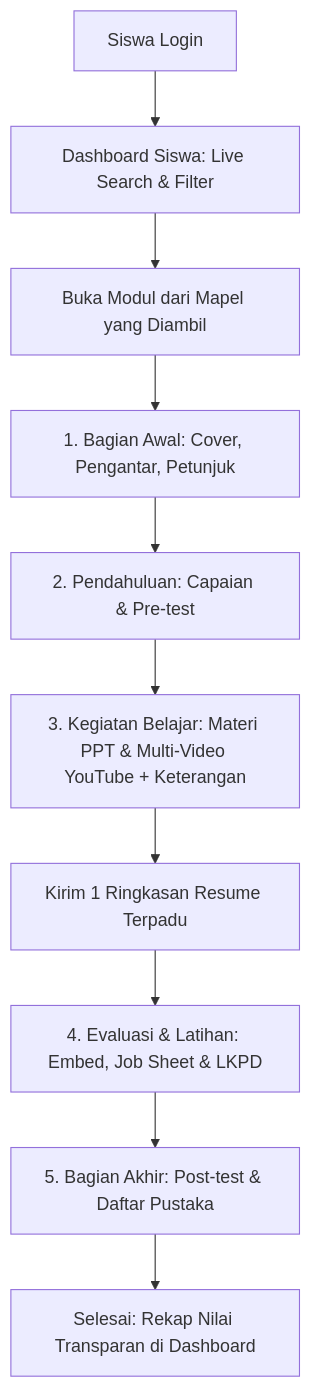
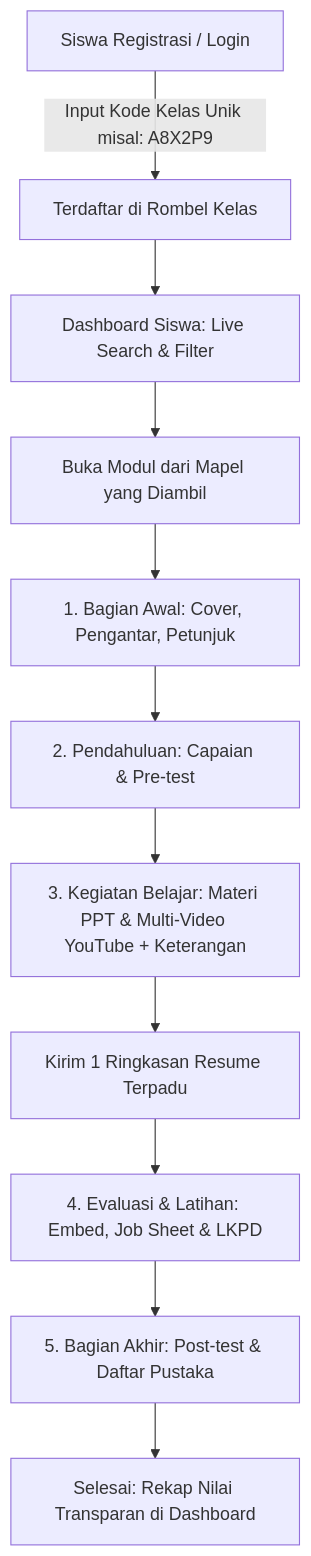
The third of 4 diagrams in prd.md (AdiLamunedo21/e-modul), drawn with Mermaid before and after one commit. The commit also changed other lines of this file and 5 other files, not shown here.

Commit message:
feat: fitur build kelas admin dengan auto kode unik dan pembaruan alur di prd.md

````diff
--- a/prd.md
+++ b/prd.md
@@ -244,12 +287,13 @@
 ```mermaid
 graph TD
-    A[Siswa Login] --> B[Dashboard Siswa: Live Search & Filter]
+    A[Siswa Registrasi / Login] -->|Input Kode Kelas Unik misal: A8X2P9| A1[Terdaftar di Rombel Kelas]
+    A1 --> B[Dashboard Siswa: Live Search & Filter]
     B --> C[Buka Modul dari Mapel yang Diambil]
     C --> D[1. Bagian Awal: Cover, Pengantar, Petunjuk]
     D --> E[2. Pendahuluan: Capaian & Pre-test]
     E --> F[3. Kegiatan Belajar: Materi PPT & Multi-Video YouTube + Keterangan]
     F --> G[Kirim 1 Ringkasan Resume Terpadu]
     G --> H[4. Evaluasi & Latihan: Embed, Job Sheet & LKPD]
     H --> I[5. Bagian Akhir: Post-test & Daftar Pustaka]
     I --> J[Selesai: Rekap Nilai Transparan di Dashboard]
 ```
````
